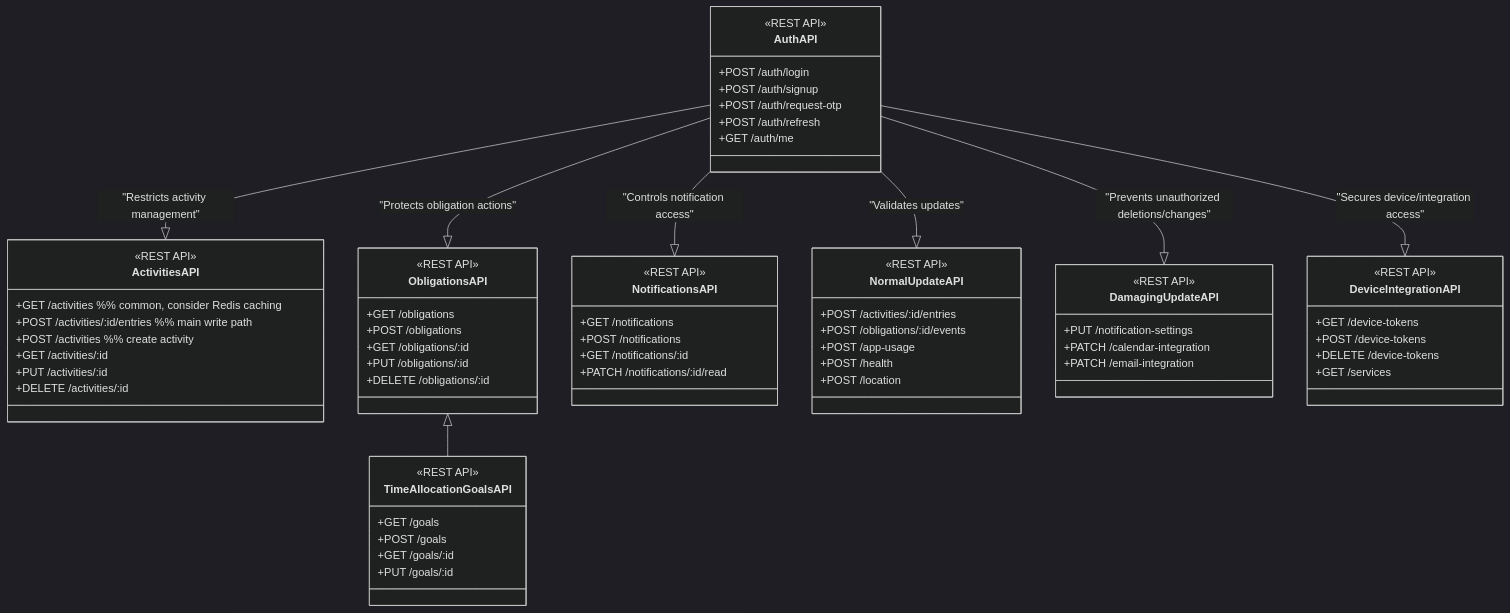
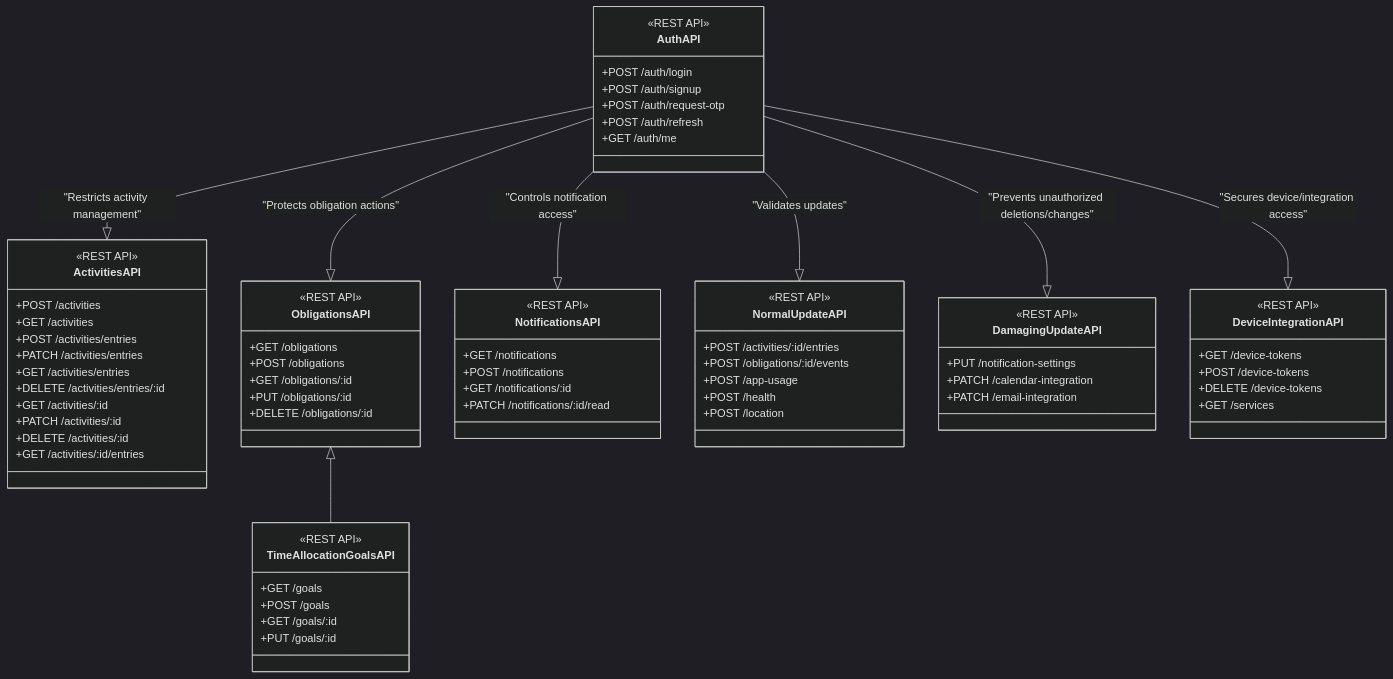
Before and after one commit to hadiahmad06/jiko: the diagram in backend/docs/routes.md, drawn with Mermaid (dark theme). The commit also changed 13 other files, not shown here.

Commit message:
backend: api: ActivitiesAPI: almost completely finished, 1 failed and 1 endpoint untested

```diff
--- a/backend/docs/routes.md
+++ b/backend/docs/routes.md
@@ -11,28 +11,23 @@
         %% +DELETE /auth/logout
     }
 
-    %% User management
-    %% class UsersAPI {
-    %%    <<REST API>>
-    %%    +GET /users
-    %%    +POST /users
-    %%    +GET /users/:id
-    %%    +PUT /users/:id  
-    %%    +DELETE /users/:id
-    %%}
-
     %% Activities
     class ActivitiesAPI {
         <<REST API>>
-        %% Hot endpoints (frequently used)
-        +GET /activities                    %% common, consider Redis caching
-        +POST /activities/:id/entries       %% main write path
-        +POST /activities                   %% create activity
+        +POST /activities
+        +GET /activities
 
-        %% Rare endpoints
+        +POST /activities/entries
+        +PATCH /activities/entries
+        +GET /activities/entries
+        
+        +DELETE /activities/entries/:id
+
         +GET /activities/:id
-        +PUT /activities/:id
+        +PATCH /activities/:id
         +DELETE /activities/:id
+
+        +GET /activities/:id/entries
     }
 
     %% Obligations
```
